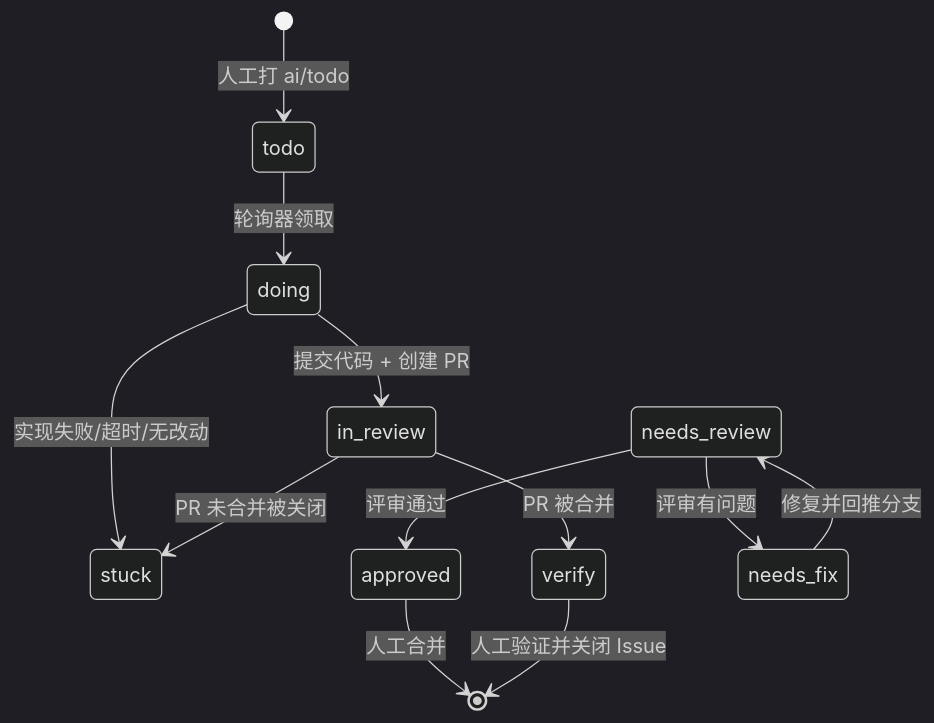
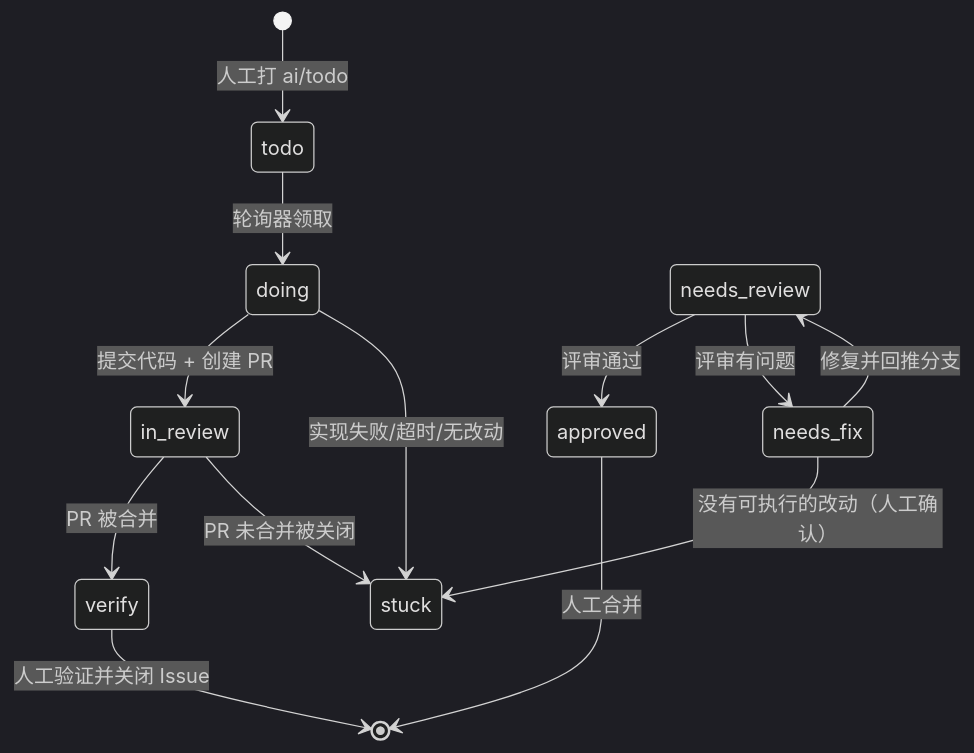
One commit to yourmoln/autogit changed the diagram in README.md. Above: the diagram before and after it, drawn with Mermaid (dark theme). The commit also changed other lines of this file and 11 other files, not shown here.

````diff
--- a/README.md
+++ b/README.md
@@ -141,14 +143,15 @@
 ```mermaid
 stateDiagram-v2
     [*] --> todo: 人工打 ai/todo
     todo --> doing: 轮询器领取
     doing --> in_review: 提交代码 + 创建 PR
     doing --> stuck: 实现失败/超时/无改动
     in_review --> verify: PR 被合并
     in_review --> stuck: PR 未合并被关闭
     needs_review --> approved: 评审通过
     needs_review --> needs_fix: 评审有问题
     needs_fix --> needs_review: 修复并回推分支
+    needs_fix --> stuck: 没有可执行的改动（人工确认）
     approved --> [*]: 人工合并
     verify --> [*]: 人工验证并关闭 Issue
 ```
````
